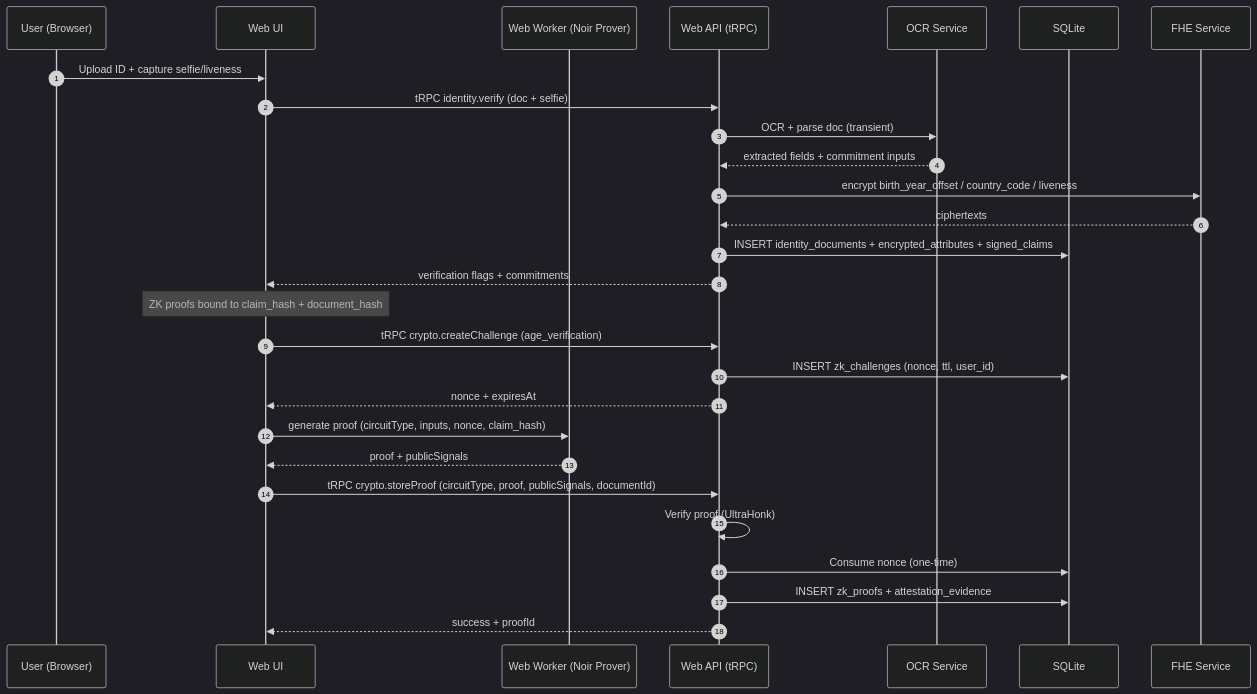
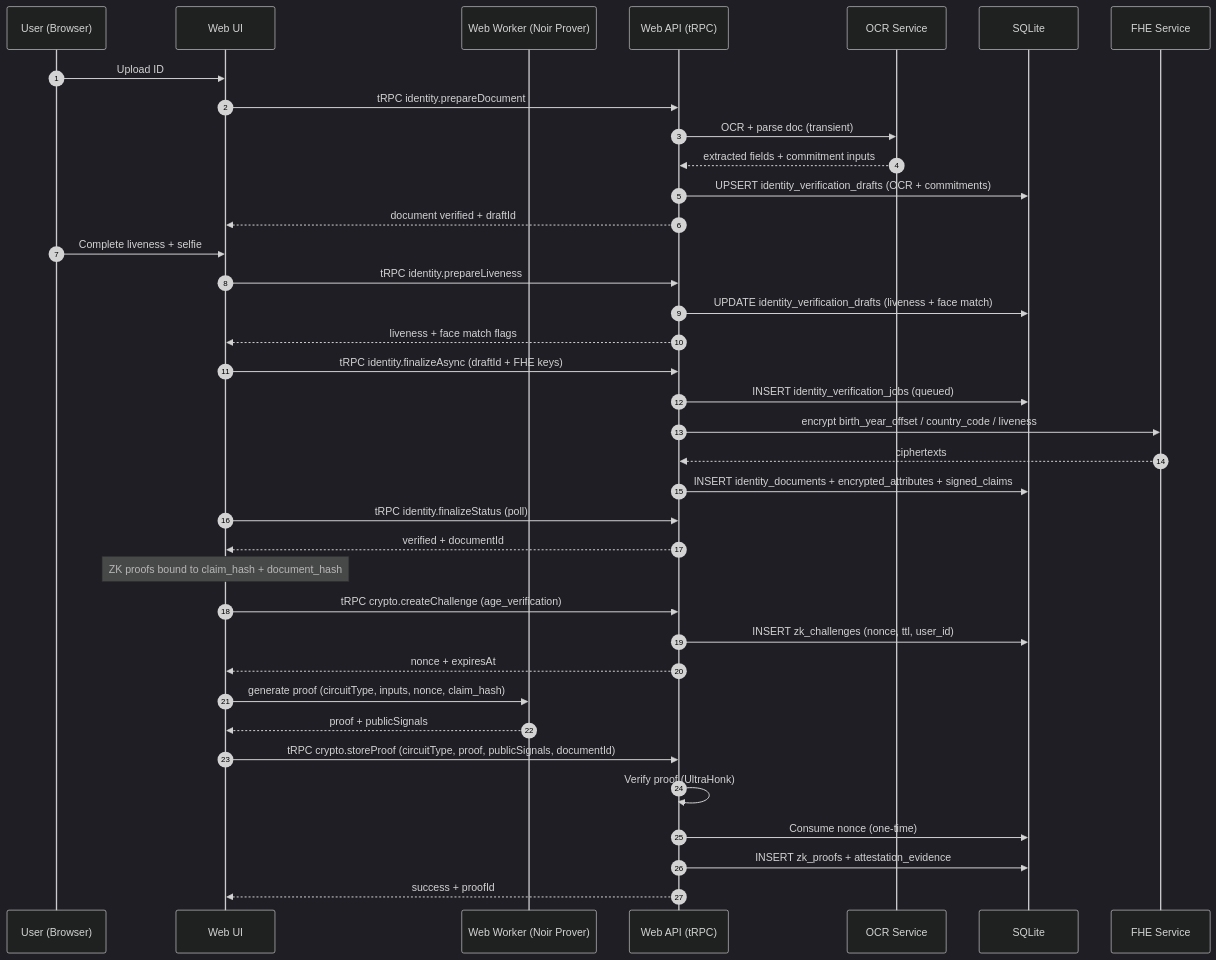
One commit to gustavovalverde/zentity changed the second of 4 diagrams in docs/architecture.md. Above: the diagram before and after it, drawn with Mermaid (dark theme). The commit also changed other lines of this file and 21 other files, not shown here.

First line of the commit message:
feat(web): async identity verification pipeline

````diff
--- a/docs/architecture.md
+++ b/docs/architecture.md
@@ -220,34 +220,45 @@
 ```mermaid
 sequenceDiagram
   autonumber
   participant U as User (Browser)
   participant UI as Web UI
   participant W as Web Worker (Noir Prover)
   participant API as Web API (tRPC)
   participant OCR as OCR Service
   participant DB as SQLite
   participant FHE as FHE Service
 
-  U->>UI: Upload ID + capture selfie/liveness
-  UI->>API: tRPC identity.verify (doc + selfie)
+  U->>UI: Upload ID
+  UI->>API: tRPC identity.prepareDocument
   API->>OCR: OCR + parse doc (transient)
   OCR-->>API: extracted fields + commitment inputs
+  API->>DB: UPSERT identity_verification_drafts (OCR + commitments)
+  API-->>UI: document verified + draftId
+
+  U->>UI: Complete liveness + selfie
+  UI->>API: tRPC identity.prepareLiveness
+  API->>DB: UPDATE identity_verification_drafts (liveness + face match)
+  API-->>UI: liveness + face match flags
+
+  UI->>API: tRPC identity.finalizeAsync (draftId + FHE keys)
+  API->>DB: INSERT identity_verification_jobs (queued)
   API->>FHE: encrypt birth_year_offset / country_code / liveness
   FHE-->>API: ciphertexts
   API->>DB: INSERT identity_documents + encrypted_attributes + signed_claims
-  API-->>UI: verification flags + commitments
+  UI->>API: tRPC identity.finalizeStatus (poll)
+  API-->>UI: verified + documentId
 
   Note over UI: ZK proofs bound to claim_hash + document_hash
   UI->>API: tRPC crypto.createChallenge (age_verification)
   API->>DB: INSERT zk_challenges (nonce, ttl, user_id)
   API-->>UI: nonce + expiresAt
 
   UI->>W: generate proof (circuitType, inputs, nonce, claim_hash)
   W-->>UI: proof + publicSignals
 
   UI->>API: tRPC crypto.storeProof (circuitType, proof, publicSignals, documentId)
   API->>API: Verify proof (UltraHonk)
   API->>DB: Consume nonce (one-time)
   API->>DB: INSERT zk_proofs + attestation_evidence
   API-->>UI: success + proofId
 ```
````
